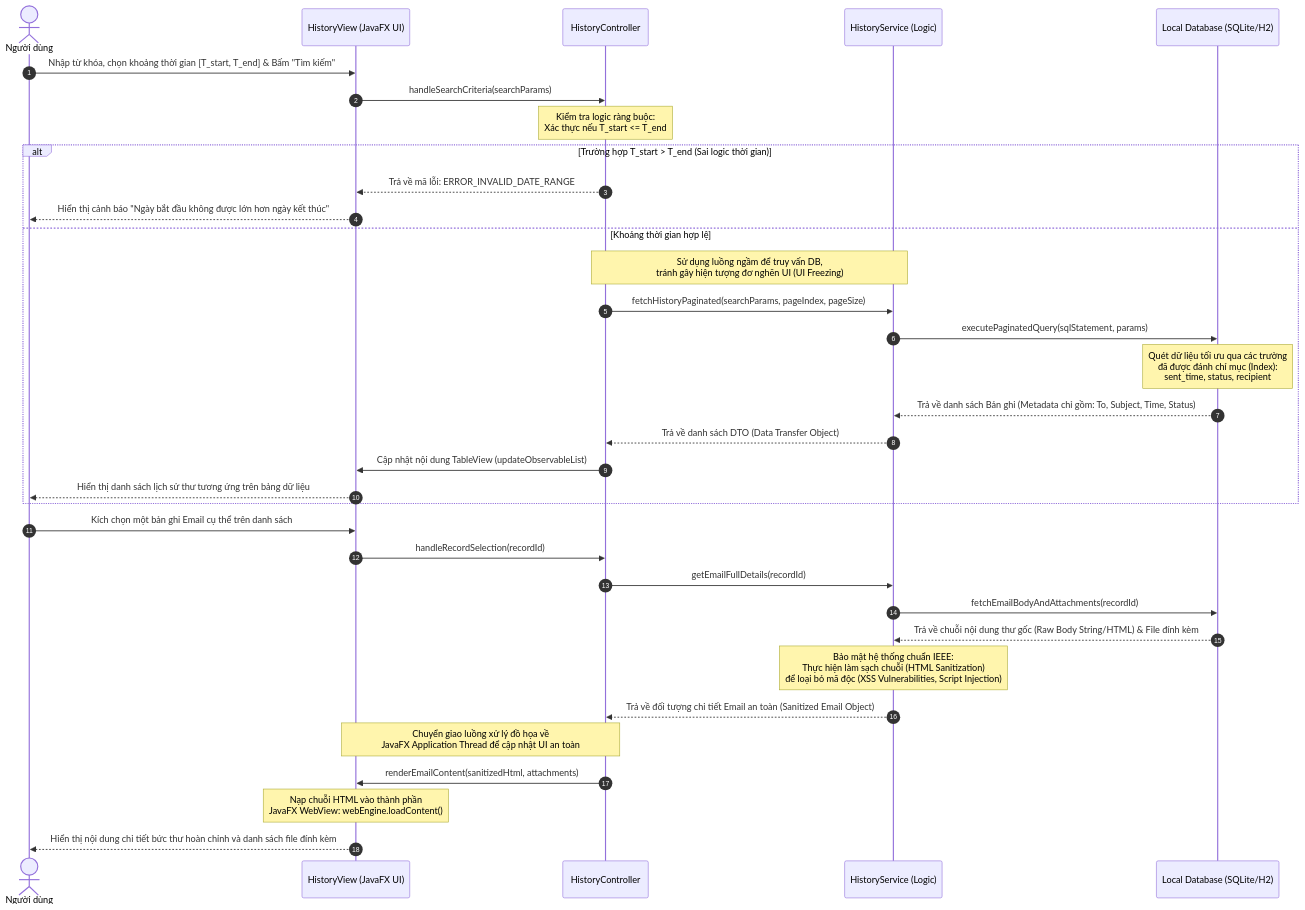
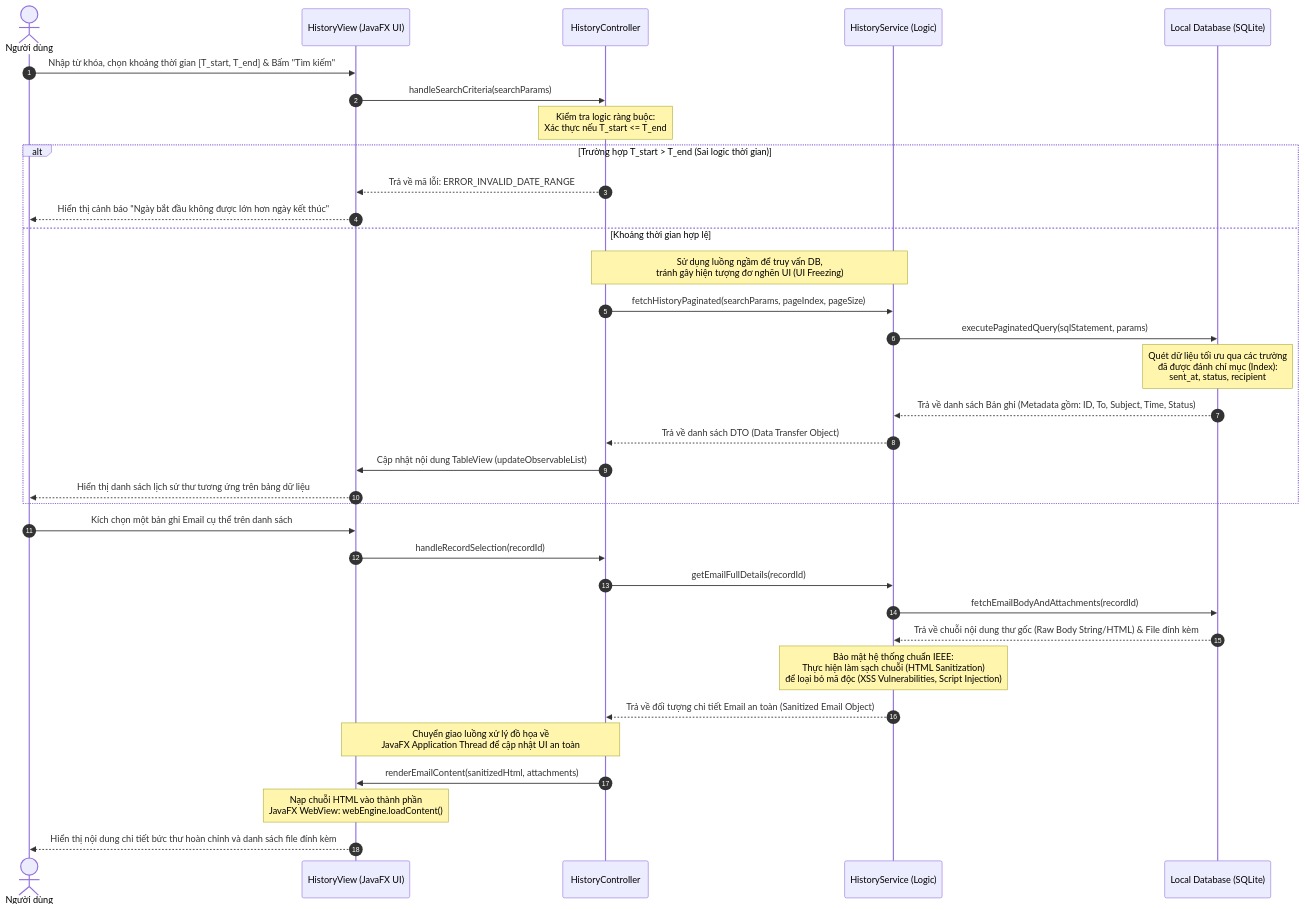
The diagram in docs/UC_05.md (vthiet/PrecisionMail), drawn with Mermaid before and after one commit. The commit also changed other lines of this file and 10 other files, not shown here.

````diff
--- a/docs/UC_05.md
+++ b/docs/UC_05.md
@@ -91,50 +91,50 @@
 ```mermaid
 sequenceDiagram
     autonumber
     actor User as Người dùng
     participant HistoryView as HistoryView (JavaFX UI)
     participant HistoryController as HistoryController
     participant HistoryService as HistoryService (Logic)
-    participant LocalDB as Local Database (SQLite/H2)
+    participant LocalDB as Local Database (SQLite)
 
     %% GIAI ĐOẠN 1: TÌM KIẾM VÀ LỌC DỮ LIỆU PHÂN TRANG
     User->>HistoryView: Nhập từ khóa, chọn khoảng thời gian [T_start, T_end] & Bấm "Tìm kiếm"
     HistoryView->>HistoryController: handleSearchCriteria(searchParams)
     
     Note over HistoryController: Kiểm tra logic ràng buộc:<br/>Xác thực nếu T_start <= T_end
     
     alt Trường hợp T_start > T_end (Sai logic thời gian)
         HistoryController-->>HistoryView: Trả về mã lỗi: ERROR_INVALID_DATE_RANGE
         HistoryView-->>User: Hiển thị cảnh báo "Ngày bắt đầu không được lớn hơn ngày kết thúc"
     
     else Khoảng thời gian hợp lệ
         Note over HistoryController, HistoryService: Sử dụng luồng ngầm để truy vấn DB,<br/>tránh gây hiện tượng đơ nghẽn UI (UI Freezing)
         HistoryController->>HistoryService: fetchHistoryPaginated(searchParams, pageIndex, pageSize)
         
         HistoryService->>LocalDB: executePaginatedQuery(sqlStatement, params)
-        Note over LocalDB: Quét dữ liệu tối ưu qua các trường<br/>đã được đánh chỉ mục (Index):<br/>sent_time, status, recipient
-        LocalDB-->>HistoryService: Trả về danh sách Bản ghi (Metadata chỉ gồm: To, Subject, Time, Status)
+        Note over LocalDB: Quét dữ liệu tối ưu qua các trường<br/>đã được đánh chỉ mục (Index):<br/>sent_at, status, recipient
+        LocalDB-->>HistoryService: Trả về danh sách Bản ghi (Metadata gồm: ID, To, Subject, Time, Status)
         
         HistoryService-->>HistoryController: Trả về danh sách DTO (Data Transfer Object)
         HistoryController->>HistoryView: Cập nhật nội dung TableView (updateObservableList)
         HistoryView-->>User: Hiển thị danh sách lịch sử thư tương ứng trên bảng dữ liệu
     end
 
     %% GIAI ĐOẠN 2: XEM CHI TIẾT EMAIL & PREVIEW HTML SAFELY
     User->>HistoryView: Kích chọn một bản ghi Email cụ thể trên danh sách
     HistoryView->>HistoryController: handleRecordSelection(recordId)
     
     HistoryController->>HistoryService: getEmailFullDetails(recordId)
     HistoryService->>LocalDB: fetchEmailBodyAndAttachments(recordId)
     LocalDB-->>HistoryService: Trả về chuỗi nội dung thư gốc (Raw Body String/HTML) & File đính kèm
     
     Note over HistoryService: Bảo mật hệ thống chuẩn IEEE:<br/>Thực hiện làm sạch chuỗi (HTML Sanitization)<br/>để loại bỏ mã độc (XSS Vulnerabilities, Script Injection)
     
     HistoryService-->>HistoryController: Trả về đối tượng chi tiết Email an toàn (Sanitized Email Object)
     
     Note over HistoryController, HistoryView: Chuyển giao luồng xử lý đồ họa về<br/>JavaFX Application Thread để cập nhật UI an toàn
     HistoryController->>HistoryView: renderEmailContent(sanitizedHtml, attachments)
     
     Note over HistoryView: Nạp chuỗi HTML vào thành phần<br/>JavaFX WebView: webEngine.loadContent()
     HistoryView-->>User: Hiển thị nội dung chi tiết bức thư hoàn chỉnh và danh sách file đính kèm
 ```
````
